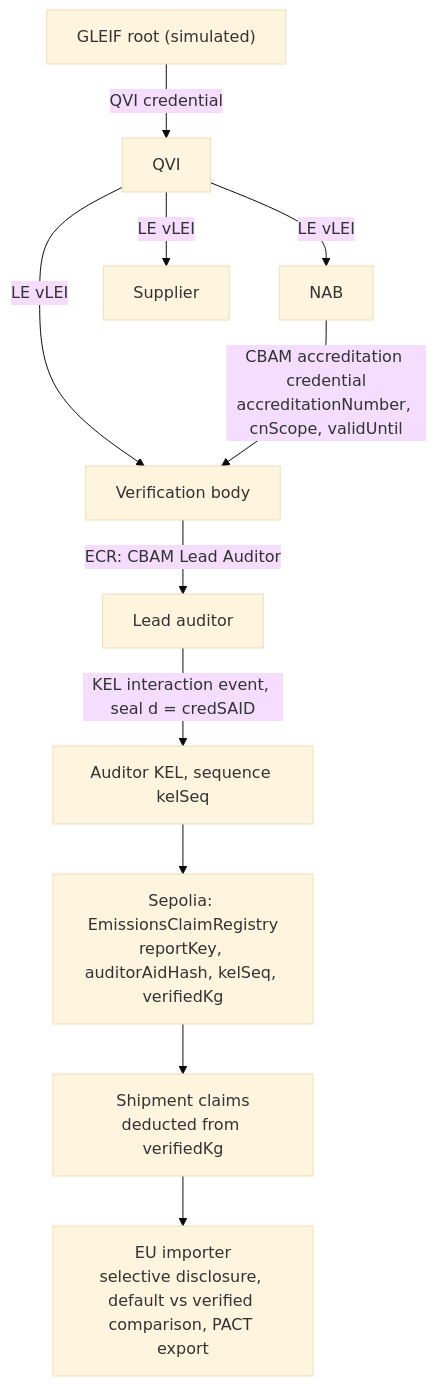
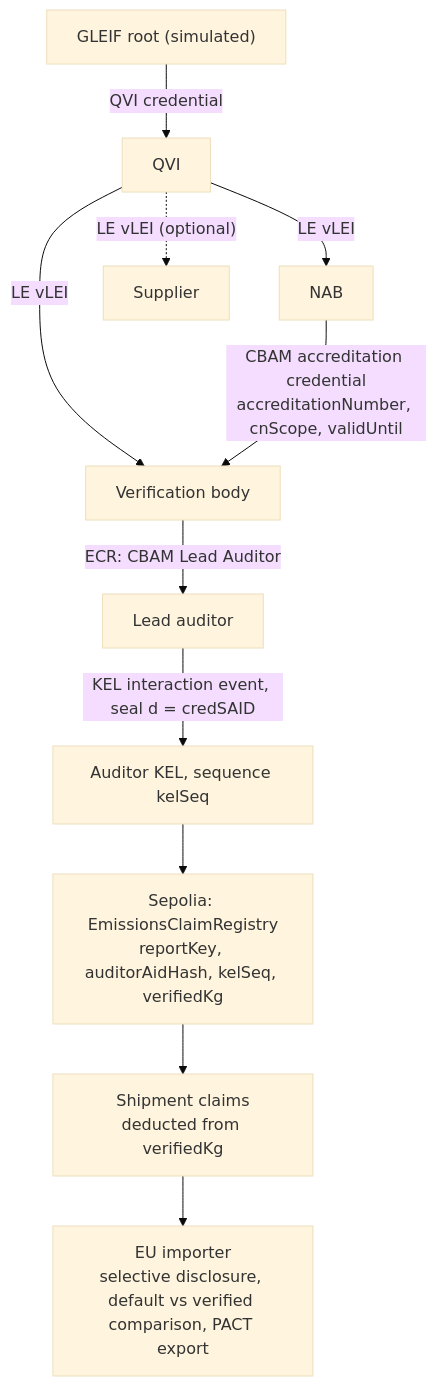
The first of 3 diagrams in docs/ARCHITECTURE.md (zuemen/carbon-lei), drawn with Mermaid (base theme) before and after one commit. The commit also changed 13 other files, not shown here.

First line of the commit message:
fix round A3 (final mock review + council round 3): neutral value card, ledger strip on the first screen, published PACT extension schema, precise claims

````diff
--- a/docs/ARCHITECTURE.md
+++ b/docs/ARCHITECTURE.md
@@ -85,13 +85,13 @@
 ```mermaid
 flowchart TD
   G["GLEIF root (simulated)"] -->|QVI credential| Q["QVI"]
   Q -->|LE vLEI| N["NAB"]
   Q -->|LE vLEI| V["Verification body"]
-  Q -->|LE vLEI| S["Supplier"]
+  Q -.->|"LE vLEI (optional)"| S["Supplier"]
   N -->|"CBAM accreditation credential<br/>accreditationNumber, cnScope, validUntil"| V
   V -->|"ECR: CBAM Lead Auditor"| A["Lead auditor"]
   A -->|"KEL interaction event, seal d = credSAID"| K["Auditor KEL, sequence kelSeq"]
   K --> R["Sepolia: EmissionsClaimRegistry<br/>reportKey, auditorAidHash, kelSeq, verifiedKg"]
   R --> C["Shipment claims<br/>deducted from verifiedKg"]
   C --> I["EU importer<br/>selective disclosure, default vs verified comparison, PACT export"]
 ```
````
